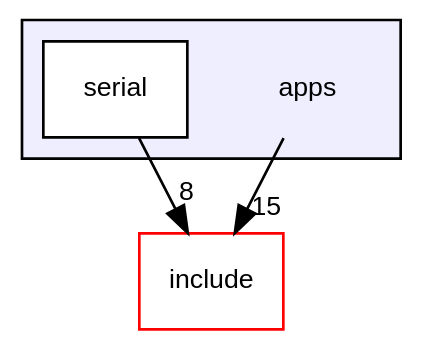
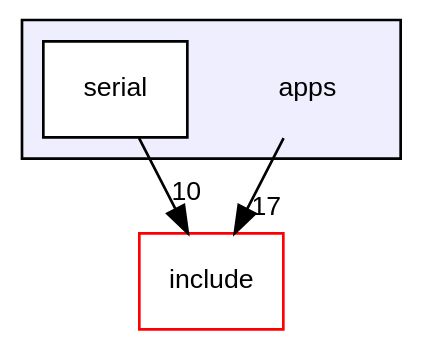
The diagram in dir_9654b8d08f4bba4e84b362c5fd320bee_dep.dot (luca-heltai/fsi-suite), drawn with Graphviz before and after one commit. The commit also changed 573 other files, not shown here.

```diff
--- a/dir_9654b8d08f4bba4e84b362c5fd320bee_dep.dot
+++ b/dir_9654b8d08f4bba4e84b362c5fd320bee_dep.dot
@@ -1,14 +1,14 @@
 digraph "apps" {
   bgcolor=transparent;
   compound=true
   node [ fontsize="10", fontname="Helvetica"];
   edge [ labelfontsize="10", labelfontname="Helvetica"];
   subgraph clusterdir_9654b8d08f4bba4e84b362c5fd320bee {
     graph [ bgcolor="#eeeeff", pencolor="black", label="" URL="dir_9654b8d08f4bba4e84b362c5fd320bee.html"];
     dir_9654b8d08f4bba4e84b362c5fd320bee [shape=plaintext label="apps"];
     dir_e7245891811a18a2b76d3fc59ab1e2d7 [shape=box label="serial" color="black" fillcolor="white" style="filled" URL="dir_e7245891811a18a2b76d3fc59ab1e2d7.html"];
   }
   dir_d44c64559bbebec7f509842c48db8b23 [shape=box label="include" color="red" URL="dir_d44c64559bbebec7f509842c48db8b23.html"];
-  dir_e7245891811a18a2b76d3fc59ab1e2d7->dir_d44c64559bbebec7f509842c48db8b23 [headlabel="8", labeldistance=1.5 headhref="dir_000011_000002.html"];
-  dir_9654b8d08f4bba4e84b362c5fd320bee->dir_d44c64559bbebec7f509842c48db8b23 [headlabel="15", labeldistance=1.5 headhref="dir_000000_000002.html"];
+  dir_e7245891811a18a2b76d3fc59ab1e2d7->dir_d44c64559bbebec7f509842c48db8b23 [headlabel="10", labeldistance=1.5 headhref="dir_000011_000002.html"];
+  dir_9654b8d08f4bba4e84b362c5fd320bee->dir_d44c64559bbebec7f509842c48db8b23 [headlabel="17", labeldistance=1.5 headhref="dir_000000_000002.html"];
 }
```
